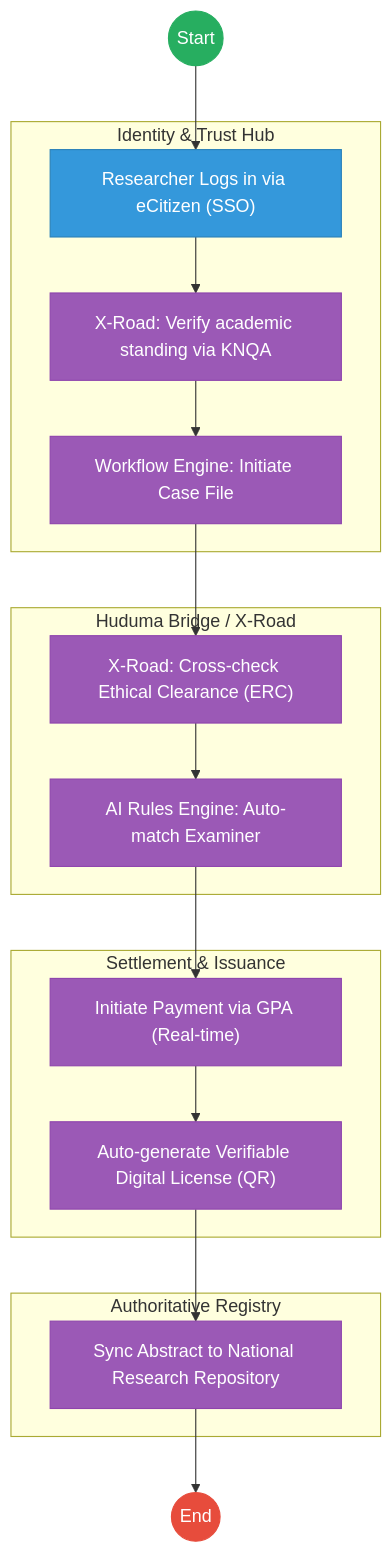
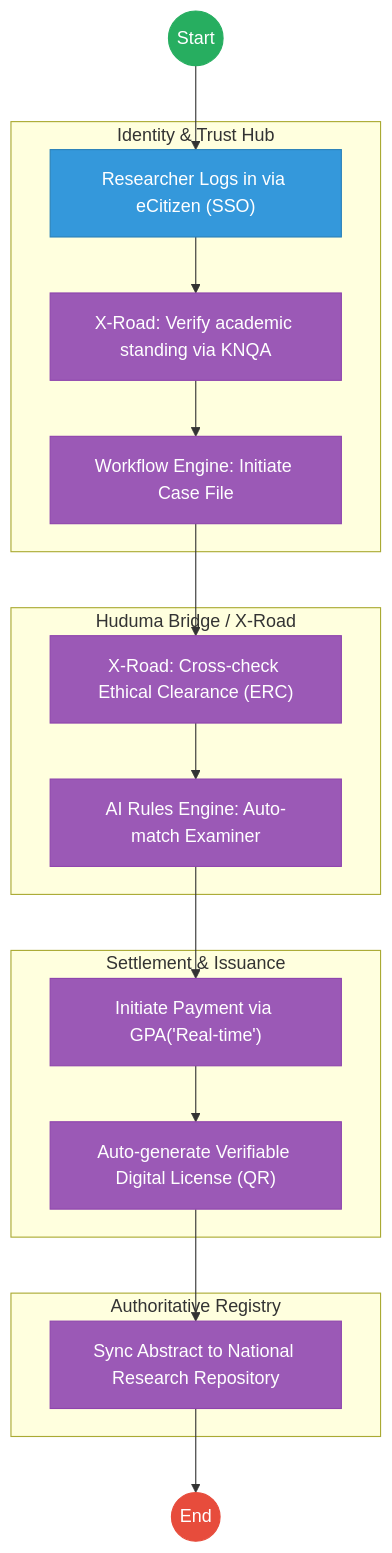
Before and after one commit to BITZ-IT-Consulting-LTD/ictapoc: the second of 2 diagrams in mdas/docs_final/priority_mdas/National_Commission_For_Science_Technology_and_Innovation___Service_Delivery.md, drawn with Mermaid. The commit also changed other lines of this file and 33 other files, not shown here.

````diff
--- a/mdas/docs_final/priority_mdas/National_Commission_For_Science_Technology_and_Innovation___Service_Delivery.md
+++ b/mdas/docs_final/priority_mdas/National_Commission_For_Science_Technology_and_Innovation___Service_Delivery.md
@@ -117,34 +117,34 @@
 ```mermaid
 graph TD
     Start((Start)) --> Portal["Researcher Logs in via eCitizen (SSO)"]
     
-    subgraph Layer2 [Identity & Trust Hub]
+    subgraph Layer2["Identity & Trust Hub"]
         Portal --> Verify["X-Road: Verify academic standing via KNQA"]
         Verify --> Workflow["Workflow Engine: Initiate Case File"]
     end
     
-    subgraph Layer3 [Huduma Bridge / X-Road]
+    subgraph Layer3["Huduma Bridge / X-Road"]
         Workflow --> EthicCheck["X-Road: Cross-check Ethical Clearance (ERC)"]
         EthicCheck --> Rules["AI Rules Engine: Auto-match Examiner"]
     end
     
-    subgraph Layer4 [Settlement & Issuance]
-        Rules --> Pay["Initiate Payment via GPA (Real-time)"]
+    subgraph Layer4["Settlement & Issuance"]
+        Rules --> Pay["Initiate Payment via GPA('Real-time')"]
         Pay --> License["Auto-generate Verifiable Digital License (QR)"]
     end
     
-    subgraph Knowledge_Lake [Authoritative Registry]
+    subgraph Knowledge_Lake["Authoritative Registry"]
         License --> Sync["Sync Abstract to National Research Repository"]
     end
     
     Sync --> End((End))
 
     classDef start fill:#27ae60,stroke:#27ae60,color:#fff;
     classDef endNode fill:#e74c3c,stroke:#e74c3c,color:#fff;
     classDef userTask fill:#3498db,stroke:#2980b9,color:#fff;
     classDef serviceTask fill:#9b59b6,stroke:#8e44ad,color:#fff;
     class Start start;
     class End endNode;
     class Portal userTask;
     class Verify,Workflow,EthicCheck,Rules,Pay,License,Sync serviceTask;
 ```
````
